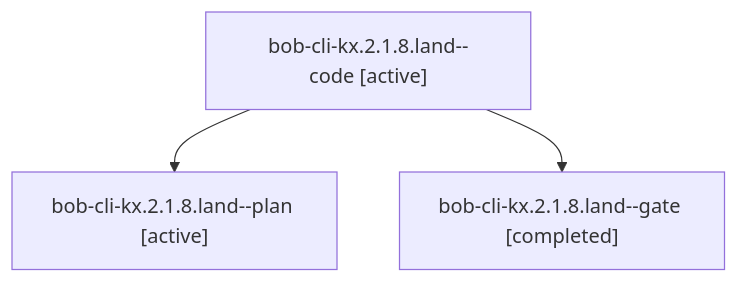
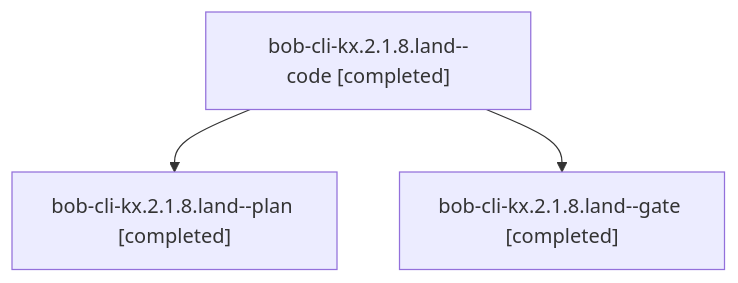
One commit to bobs-org/bob-cli--agents changed the diagram in sessions/bbugyi200.athena.bob-cli-kx.2.1.8.land.md. Above: the diagram before and after it, drawn with Mermaid. The commit also changed other lines of this file and 55 other files, not shown here.

````diff
--- a/sessions/bbugyi200.athena.bob-cli-kx.2.1.8.land.md
+++ b/sessions/bbugyi200.athena.bob-cli-kx.2.1.8.land.md
@@ -9,8 +9,8 @@
 ```mermaid
 flowchart TD
-  n0["bob-cli-kx.2.1.8.land--code [active]"]
-  n1["bob-cli-kx.2.1.8.land--plan [active]"]
+  n0["bob-cli-kx.2.1.8.land--code [completed]"]
+  n1["bob-cli-kx.2.1.8.land--plan [completed]"]
   n0 --> n1
   n2["bob-cli-kx.2.1.8.land--gate [completed]"]
   n0 --> n2
 ```
````
